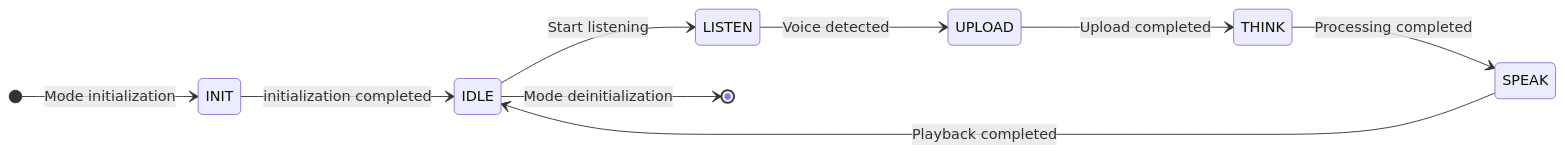
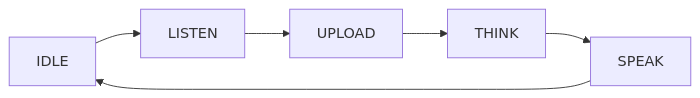
Before and after one commit to Tuya-Community/TuyaOpen.io: the diagram in docs/cloud/device-ai/ai-components/ai-mode-manage.md, drawn with Mermaid. The commit also changed other lines of this file and 365 other files, not shown here.

````diff
--- a/docs/cloud/device-ai/ai-components/ai-mode-manage.md
+++ b/docs/cloud/device-ai/ai-components/ai-mode-manage.md
@@ -148,12 +55,8 @@
 ```mermaid
-stateDiagram-v2
-    direction LR
-[*] --> INIT: Mode initialization
-INIT --> IDLE: initialization completed
-IDLE --> LISTEN: Start listening
-LISTEN --> UPLOAD: Voice detected
-UPLOAD --> THINK: Upload completed
-THINK --> SPEAK: Processing completed
-SPEAK --> IDLE: Playback completed
-IDLE --> [*]: Mode deinitialization
+flowchart LR
+    IDLE --> LISTEN
+    LISTEN --> UPLOAD
+    UPLOAD --> THINK
+    THINK --> SPEAK
+    SPEAK --> IDLE
 ```
````
